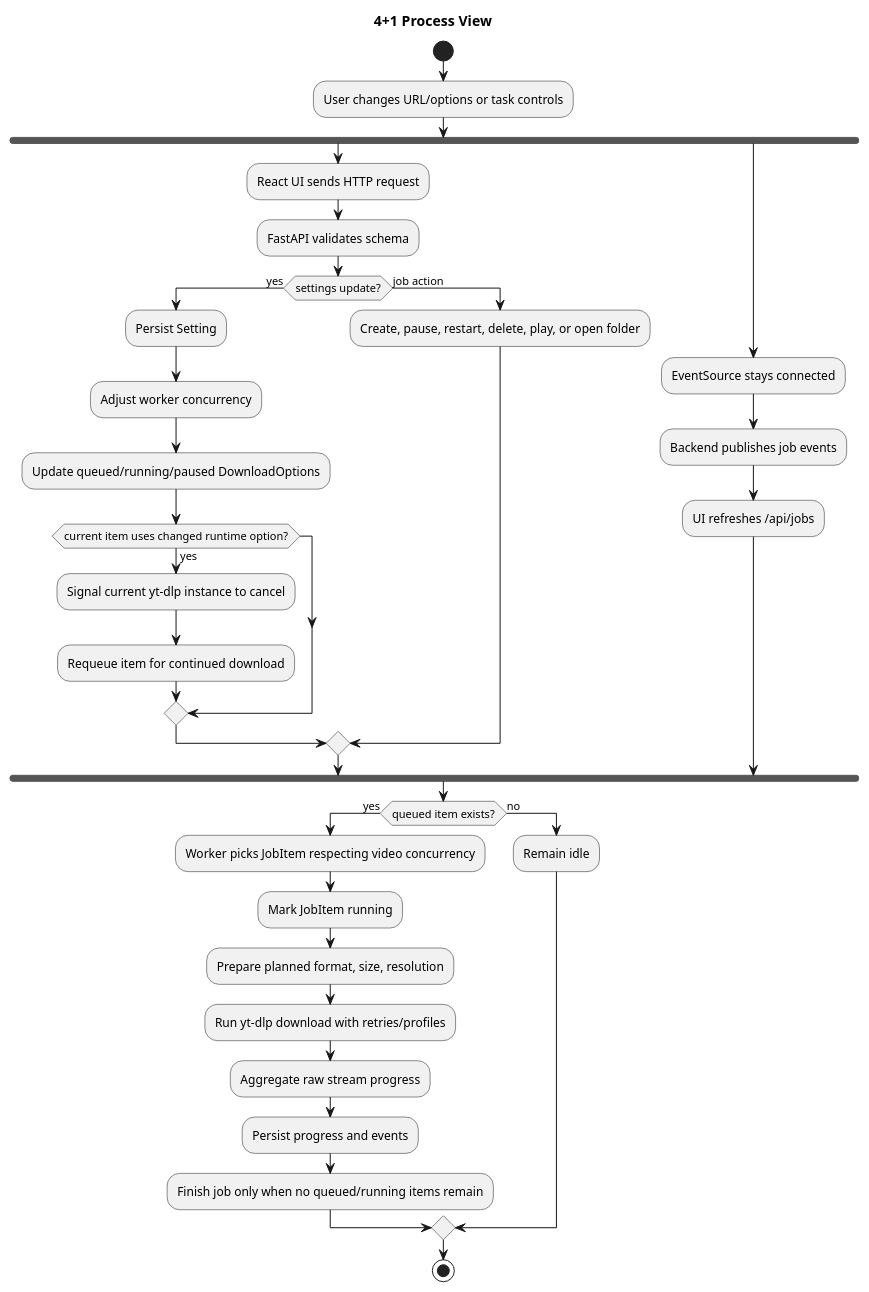
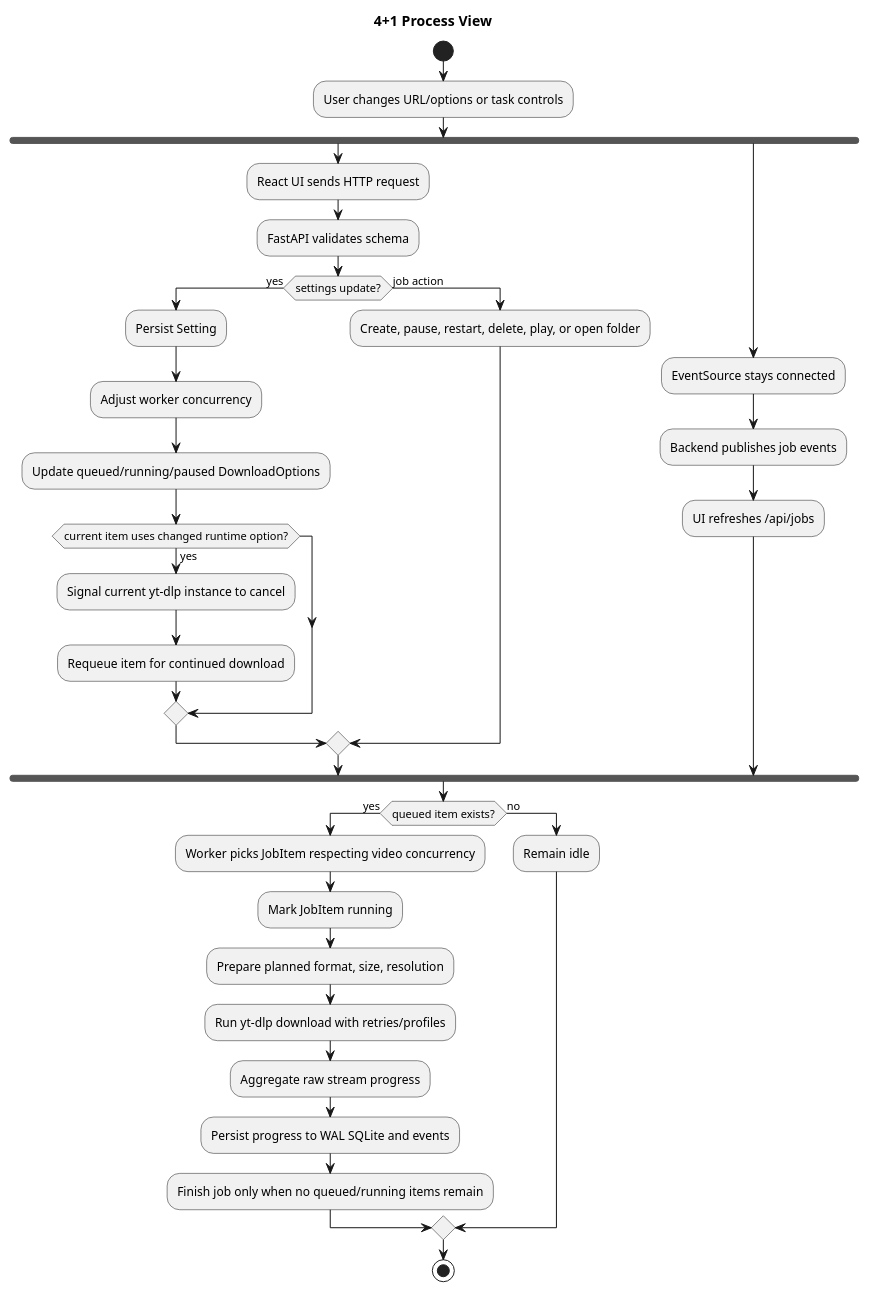
One commit to hnucjx/Design-and-Implementation-of-Database-Watermarking-Algorithms-Resistant-to-Brute-Force-Attacks. changed the diagram in docs/diagrams/four-plus-one-process-view.puml. Above: the diagram before and after it, drawn with PlantUML. The commit also changed 10 other files, not shown here.

Commit message:
feat: enable SQLite WAL for concurrent download writes

```diff
--- a/docs/diagrams/four-plus-one-process-view.puml
+++ b/docs/diagrams/four-plus-one-process-view.puml
@@ -1,40 +1,40 @@
 @startuml
 title 4+1 Process View
 skinparam shadowing false
 
 start
 :User changes URL/options or task controls;
 fork
   :React UI sends HTTP request;
   :FastAPI validates schema;
   if (settings update?) then (yes)
     :Persist Setting;
     :Adjust worker concurrency;
     :Update queued/running/paused DownloadOptions;
     if (current item uses changed runtime option?) then (yes)
       :Signal current yt-dlp instance to cancel;
       :Requeue item for continued download;
     endif
   else (job action)
     :Create, pause, restart, delete, play, or open folder;
   endif
 fork again
   :EventSource stays connected;
   :Backend publishes job events;
   :UI refreshes /api/jobs;
 end fork
 
 if (queued item exists?) then (yes)
   :Worker picks JobItem respecting video concurrency;
   :Mark JobItem running;
   :Prepare planned format, size, resolution;
   :Run yt-dlp download with retries/profiles;
   :Aggregate raw stream progress;
-  :Persist progress and events;
+  :Persist progress to WAL SQLite and events;
   :Finish job only when no queued/running items remain;
 else (no)
   :Remain idle;
 endif
 
 stop
 @enduml
```
